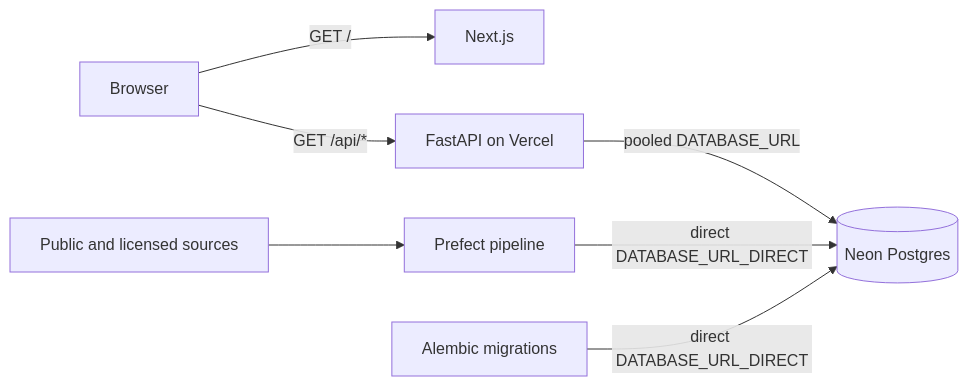
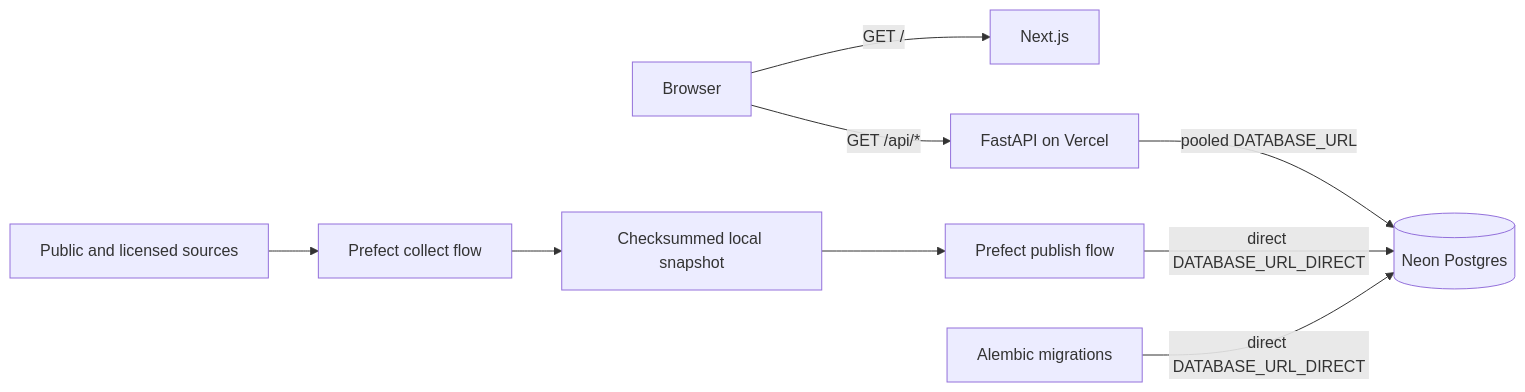
The diagram in README.md (dwkaminsky/parcel-panda), drawn with Mermaid before and after one commit. The commit also changed other lines of this file and 9 other files, not shown here.

````diff
--- a/README.md
+++ b/README.md
@@ -12,9 +12,11 @@
 ```mermaid
 flowchart LR
     Browser[Browser] -->|GET /| Next[Next.js]
     Browser -->|GET /api/*| API[FastAPI on Vercel]
     API -->|pooled DATABASE_URL| Neon[(Neon Postgres)]
-    Sources[Public and licensed sources] --> Prefect[Prefect pipeline]
-    Prefect -->|direct DATABASE_URL_DIRECT| Neon
+    Sources[Public and licensed sources] --> Collect[Prefect collect flow]
+    Collect --> Snapshot[Checksummed local snapshot]
+    Snapshot --> Publish[Prefect publish flow]
+    Publish -->|direct DATABASE_URL_DIRECT| Neon
     Alembic[Alembic migrations] -->|direct DATABASE_URL_DIRECT| Neon
 ```
````
